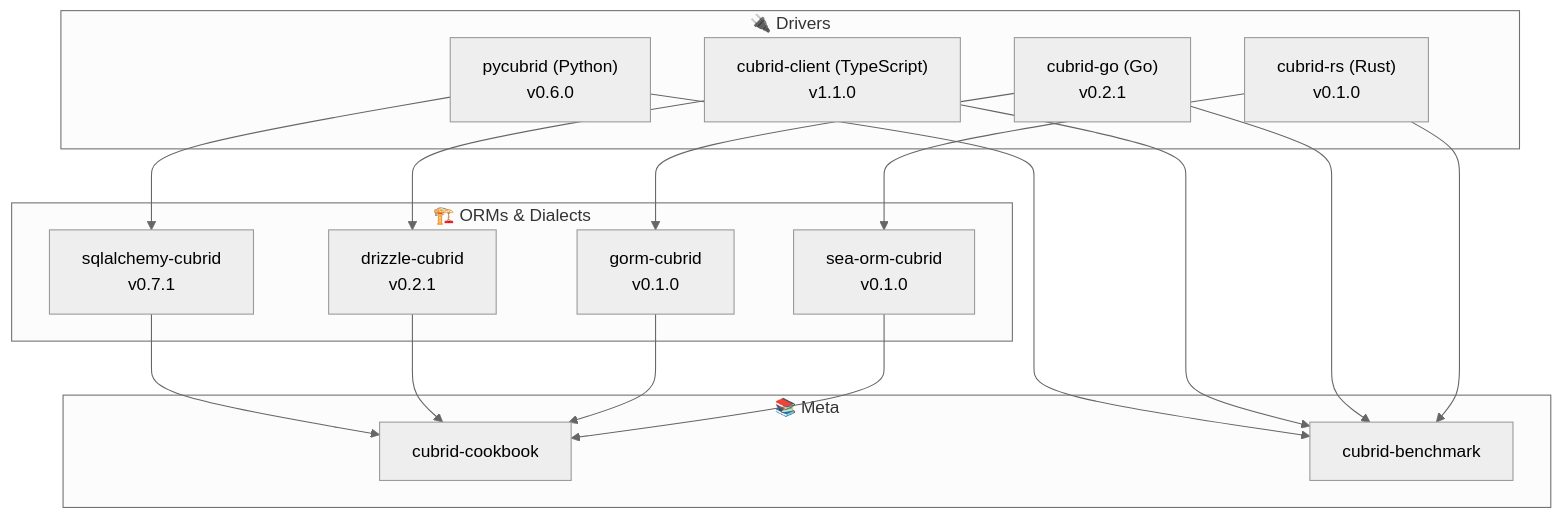
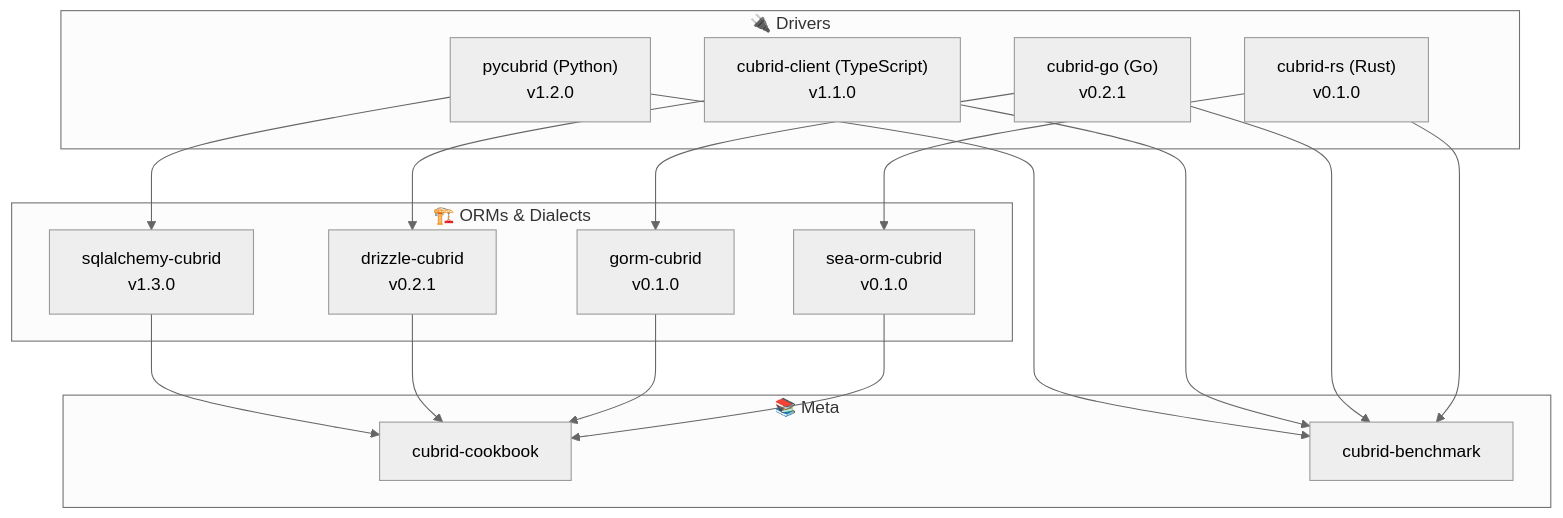
Before and after one commit to cubrid-labs/.github: the first of 2 diagrams in ROADMAP.md, drawn with Mermaid (neutral theme). The commit also changed other lines of this file, not shown here.

Commit message:
docs: update pycubrid v1.2.0, sqlalchemy-cubrid v1.3.0 in roadmap

````diff
--- a/ROADMAP.md
+++ b/ROADMAP.md
@@ -15,36 +15,36 @@
 ```mermaid
 graph TD
     subgraph Drivers["🔌 Drivers"]
-        pycubrid["pycubrid (Python)\nv0.6.0"]
+        pycubrid["pycubrid (Python)\nv1.2.0"]
         cubrid_client["cubrid-client (TypeScript)\nv1.1.0"]
         cubrid_go["cubrid-go (Go)\nv0.2.1"]
         cubrid_rs["cubrid-rs (Rust)\nv0.1.0"]
     end
 
     subgraph ORMs["🏗️ ORMs & Dialects"]
-        sqlalchemy["sqlalchemy-cubrid\nv0.7.1"]
+        sqlalchemy["sqlalchemy-cubrid\nv1.3.0"]
         drizzle["drizzle-cubrid\nv0.2.1"]
         gorm["gorm-cubrid\nv0.1.0"]
         sea_orm["sea-orm-cubrid\nv0.1.0"]
     end
 
     subgraph Meta["📚 Meta"]
         cookbook["cubrid-cookbook"]
         benchmark["cubrid-benchmark"]
     end
 
     pycubrid --> sqlalchemy
     cubrid_client --> drizzle
     cubrid_go --> gorm
     cubrid_rs --> sea_orm
 
     sqlalchemy --> cookbook
     drizzle --> cookbook
     gorm --> cookbook
     sea_orm --> cookbook
 
     pycubrid --> benchmark
     cubrid_client --> benchmark
     cubrid_go --> benchmark
     cubrid_rs --> benchmark
 ```
````
